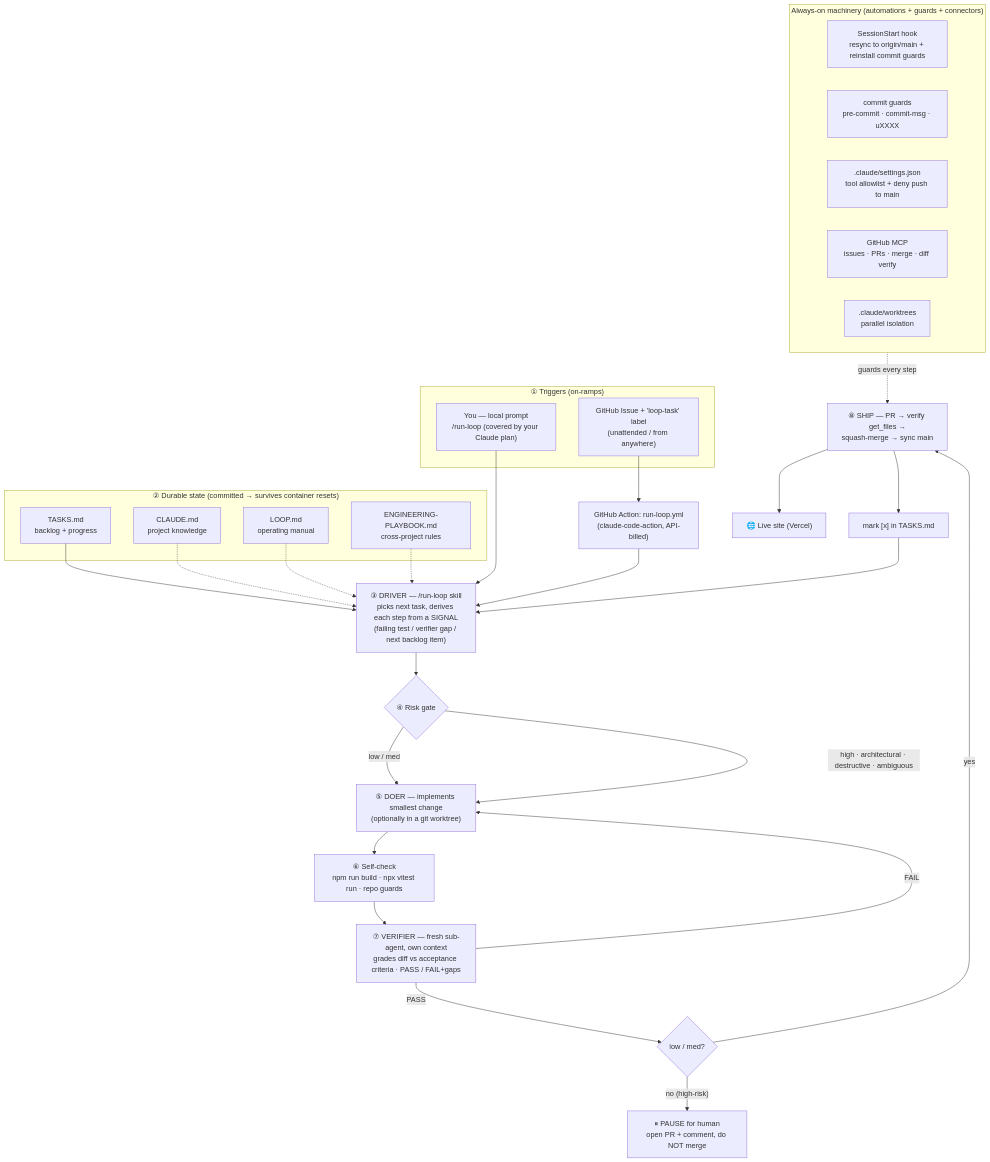
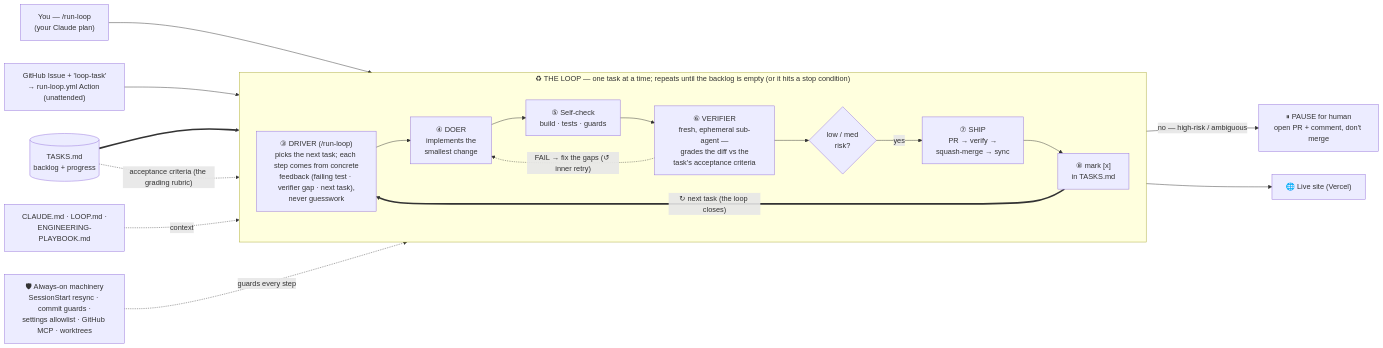
The first of 2 diagrams in ARCHITECTURE.md (msunilgarg/Build-Young), drawn with Mermaid before and after one commit. The commit also changed other lines of this file and 3 other files, not shown here.

First line of the commit message:
Redraw the loop diagram so it reads as a cycle + show the acceptance-criteria source (#358)

````diff
--- a/ARCHITECTURE.md
+++ b/ARCHITECTURE.md
@@ -27,49 +27,38 @@
 ```mermaid
-flowchart TB
-    subgraph triggers["① Triggers (on-ramps)"]
-        you["You — local prompt<br/>/run-loop (covered by your Claude plan)"]
-        issue["GitHub Issue + 'loop-task' label<br/>(unattended / from anywhere)"]
+flowchart LR
+    %% ── what starts / feeds a run (inputs, left) ──
+    you["You — /run-loop<br/>(your Claude plan)"]
+    issue["GitHub Issue + 'loop-task'<br/>→ run-loop.yml Action (unattended)"]
+    tasks[("TASKS.md<br/>backlog + progress")]
+    docs["CLAUDE.md · LOOP.md ·<br/>ENGINEERING-PLAYBOOK.md"]
+
+    you --> driver
+    issue --> driver
+    tasks ==> driver
+    docs -. context .-> driver
+
+    subgraph LOOP["♻ THE LOOP — one task at a time; repeats until the backlog is empty (or it hits a stop condition)"]
+        direction LR
+        driver["③ DRIVER (/run-loop)<br/>picks the next task; each step comes from concrete<br/>feedback (failing test · verifier gap · next task),<br/>never guesswork"]
+        doer["④ DOER<br/>implements the<br/>smallest change"]
+        check["⑤ Self-check<br/>build · tests · guards"]
+        verifier["⑥ VERIFIER<br/>fresh, ephemeral sub-agent —<br/>grades the diff vs the<br/>task's acceptance criteria"]
+        gate{"low / med<br/>risk?"}
+        ship["⑦ SHIP<br/>PR → verify →<br/>squash-merge → sync"]
+        record["⑧ mark [x]<br/>in TASKS.md"]
+
+        driver --> doer --> check --> verifier --> gate
+        verifier -. "FAIL → fix the gaps (↺ inner retry)" .-> doer
+        gate -- "yes" --> ship --> record
+        record == "↻ next task (the loop closes)" ==> driver
     end
 
-    subgraph state["② Durable state (committed → survives container resets)"]
-        tasks["TASKS.md<br/>backlog + progress"]
-        claude["CLAUDE.md<br/>project knowledge"]
-        loopmd["LOOP.md<br/>operating manual"]
-        playbook["ENGINEERING-PLAYBOOK.md<br/>cross-project rules"]
-    end
+    %% ── the grading rubric comes FROM the task ──
+    tasks -. "acceptance criteria (the grading rubric)" .-> verifier
+    %% ── exits from the loop ──
+    gate -- "no — high-risk / ambiguous" --> pause["⏸ PAUSE for human<br/>open PR + comment, don't merge"]
+    ship --> live["🌐 Live site (Vercel)"]
 
-    driver["③ DRIVER — /run-loop skill<br/>picks next task, derives each step from a SIGNAL<br/>(failing test / verifier gap / next backlog item)"]
-    risk{"④ Risk gate"}
-    doer["⑤ DOER — implements smallest change<br/>(optionally in a git worktree)"]
-    selfcheck["⑥ Self-check<br/>npm run build · npx vitest run · repo guards"]
-    verifier["⑦ VERIFIER — fresh sub-agent, own context<br/>grades diff vs acceptance criteria · PASS / FAIL+gaps"]
-    ship["⑧ SHIP — PR → verify get_files →<br/>squash-merge → sync main"]
-    live["🌐 Live site (Vercel)"]
-    pause["⏸ PAUSE for human<br/>open PR + comment, do NOT merge"]
-
-    you --> driver
-    issue --> action["GitHub Action: run-loop.yml<br/>(claude-code-action, API-billed)"] --> driver
-    tasks --> driver
-    claude -.-> driver
-    loopmd -.-> driver
-    playbook -.-> driver
-
-    driver --> risk
-    risk -- "low / med" --> doer
-    risk -- "high · architectural · destructive · ambiguous" --> doer
-    doer --> selfcheck --> verifier
-    verifier -- FAIL --> doer
-    verifier -- PASS --> shipgate{"low / med?"}
-    shipgate -- yes --> ship --> live
-    shipgate -- "no (high-risk)" --> pause
-    ship --> done["mark [x] in TASKS.md"] --> driver
-
-    subgraph machinery["Always-on machinery (automations + guards + connectors)"]
-        hook["SessionStart hook<br/>resync to origin/main + reinstall commit guards"]
-        guards["commit guards<br/>pre-commit · commit-msg · uXXXX"]
-        settings[".claude/settings.json<br/>tool allowlist + deny push to main"]
-        mcp["GitHub MCP<br/>issues · PRs · merge · diff verify"]
-        worktrees[".claude/worktrees<br/>parallel isolation"]
-    end
-    machinery -.guards every step.-> ship
+    machinery["🛡 Always-on machinery<br/>SessionStart resync · commit guards ·<br/>settings allowlist · GitHub MCP · worktrees"]
+    machinery -. guards every step .-> LOOP
 ```
````
